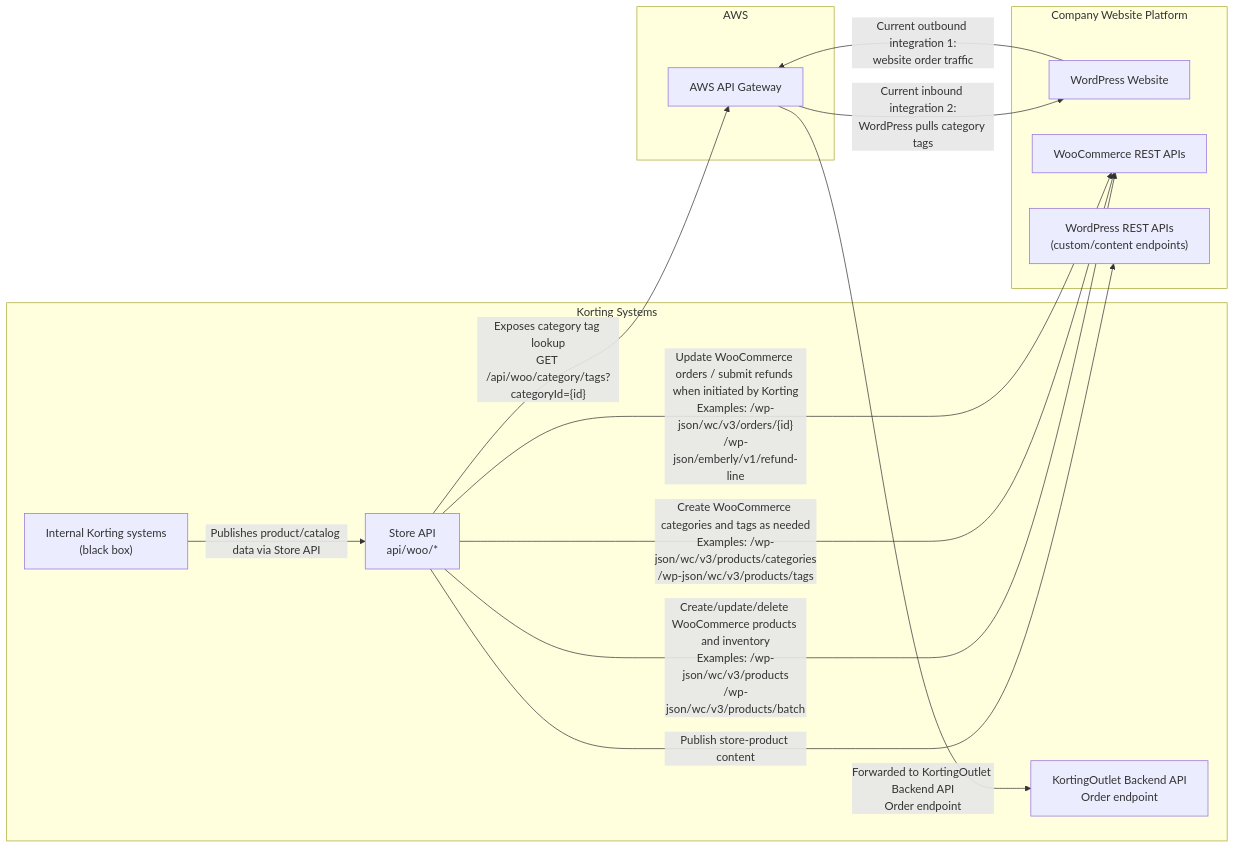
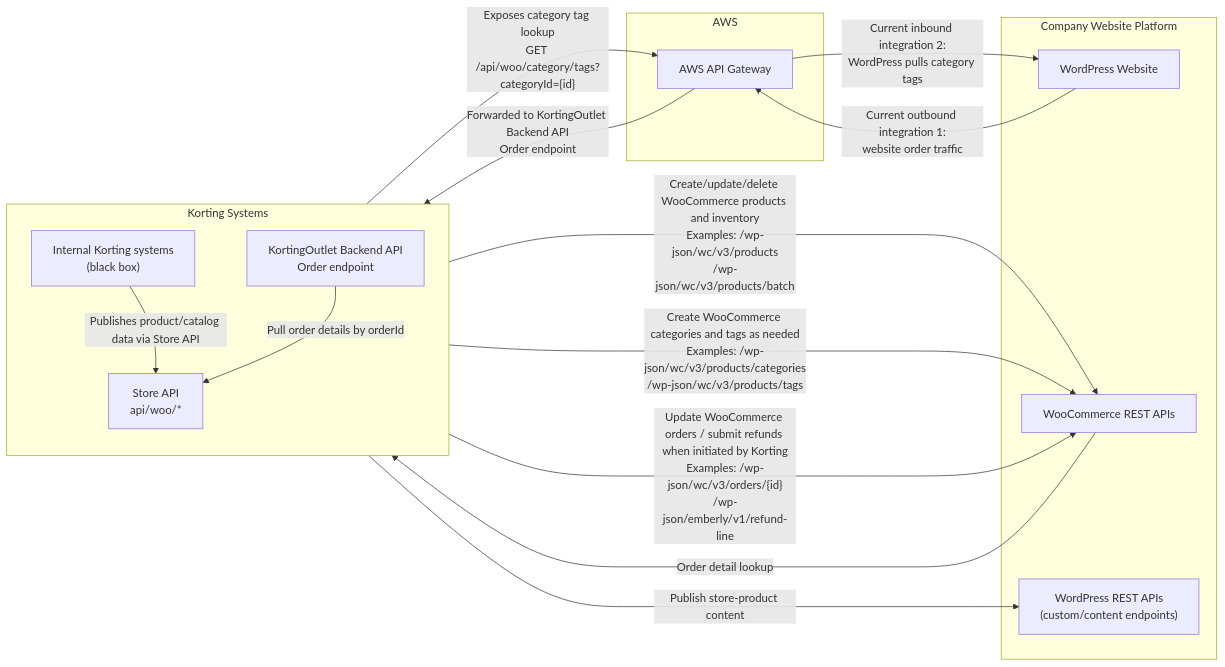
One commit to KortingOutlets/docs changed the diagram in woocommerce-wordpress-integration-architecture.md. Above: the diagram before and after it, drawn with Mermaid. The commit also changed other lines of this file, not shown here.

Commit message:
update diagram

````diff
--- a/woocommerce-wordpress-integration-architecture.md
+++ b/woocommerce-wordpress-integration-architecture.md
@@ -11,31 +11,35 @@
 ```mermaid
 flowchart LR
     subgraph KORTING["Korting Systems"]
+        direction TB
+        OUTLET["KortingOutlet Backend API<br/>Order endpoint"]
         INTERNAL["Internal Korting systems<br/>(black box)"]
         GROCERY["Store API<br/>api/woo/*"]
-        OUTLET["KortingOutlet Backend API<br/>Order endpoint"]
+        INTERNAL ~~~ GROCERY
     end
 
     subgraph AWS["AWS"]
         APIGW["AWS API Gateway"]
     end
 
     subgraph SITE["Company Website Platform"]
         WP["WordPress Website"]
         WC["WooCommerce REST APIs"]
         WPR["WordPress REST APIs<br/>(custom/content endpoints)"]
     end
 
     INTERNAL -->|"Publishes product/catalog data via Store API"| GROCERY
+    OUTLET -->|"Pull order details by orderId"| GROCERY
 
     GROCERY -->|"Create/update/delete WooCommerce products and inventory<br/>Examples: /wp-json/wc/v3/products<br/>/wp-json/wc/v3/products/batch"| WC
     GROCERY -->|"Create WooCommerce categories and tags as needed<br/>Examples: /wp-json/wc/v3/products/categories<br/>/wp-json/wc/v3/products/tags"| WC
     GROCERY -->|"Publish store-product content"| WPR
     GROCERY -->|"Update WooCommerce orders / submit refunds when initiated by Korting<br/>Examples: /wp-json/wc/v3/orders/{id}<br/>/wp-json/emberly/v1/refund-line"| WC
+    WC -->|"Order detail lookup"| GROCERY
 
     WP -->|"Current outbound integration 1:<br/>website order traffic"| APIGW
     APIGW -->|"Forwarded to KortingOutlet Backend API<br/>Order endpoint"| OUTLET
 
     GROCERY -->|"Exposes category tag lookup<br/>GET /api/woo/category/tags?categoryId={id}"| APIGW
     APIGW -->|"Current inbound integration 2:<br/>WordPress pulls category tags"| WP
 ```
````
